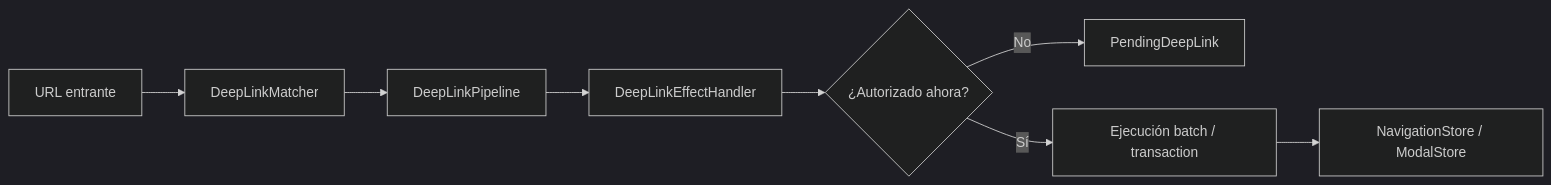
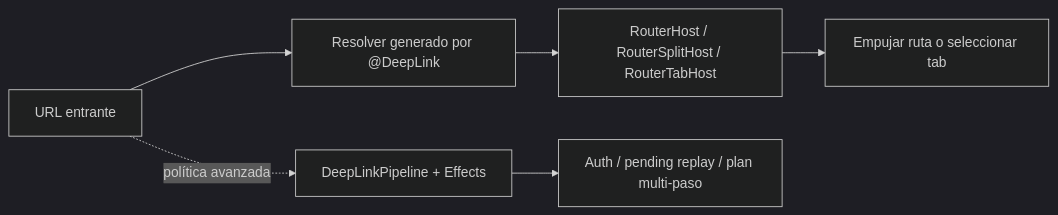
Before and after one commit to InnoSquadCorp/InnoRouter: the second of 2 diagrams in README.es.md, drawn with Mermaid (dark theme). The commit also changed other lines of this file and 9 other files, not shown here.

````diff
--- a/README.es.md
+++ b/README.es.md
@@ -331,10 +416,8 @@
 ```mermaid
 flowchart LR
-    URL["URL entrante"] --> Match["DeepLinkMatcher"]
-    Match --> Plan["DeepLinkPipeline"]
-    Plan --> Effect["DeepLinkEffectHandler"]
-    Effect --> Decision{"¿Autorizado ahora?"}
-    Decision -->|"No"| Pending["PendingDeepLink"]
-    Decision -->|"Sí"| Execute["Ejecución batch / transaction"]
-    Execute --> Store["NavigationStore / ModalStore"]
+    URL["URL entrante"] --> Resolve["Resolver generado por @DeepLink"]
+    Resolve --> Host["RouterHost / RouterSplitHost / RouterTabHost"]
+    Host --> Route["Empujar ruta o seleccionar tab"]
+    URL -.->|"política avanzada"| Pipeline["DeepLinkPipeline + Effects"]
+    Pipeline --> Pending["Auth / pending replay / plan multi-paso"]
 ```
````
